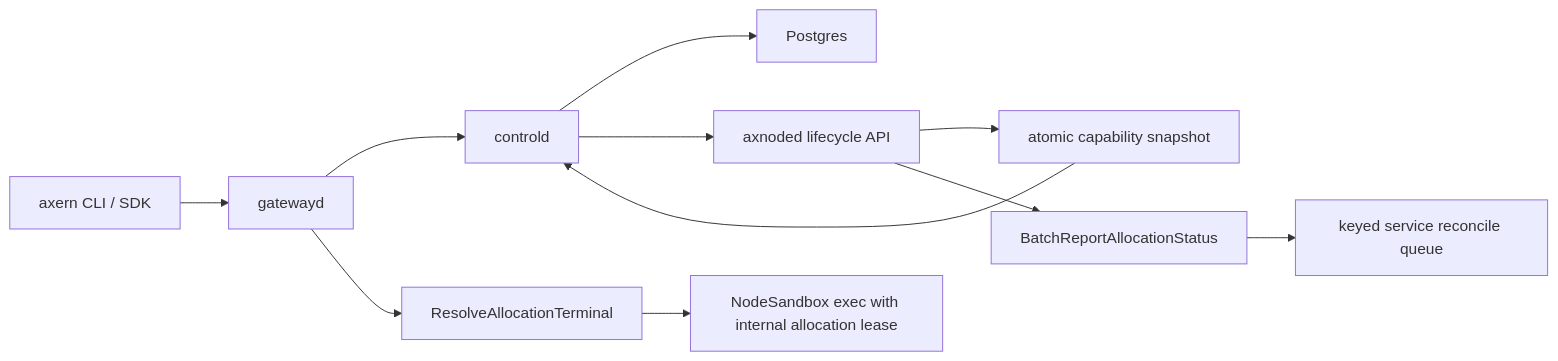
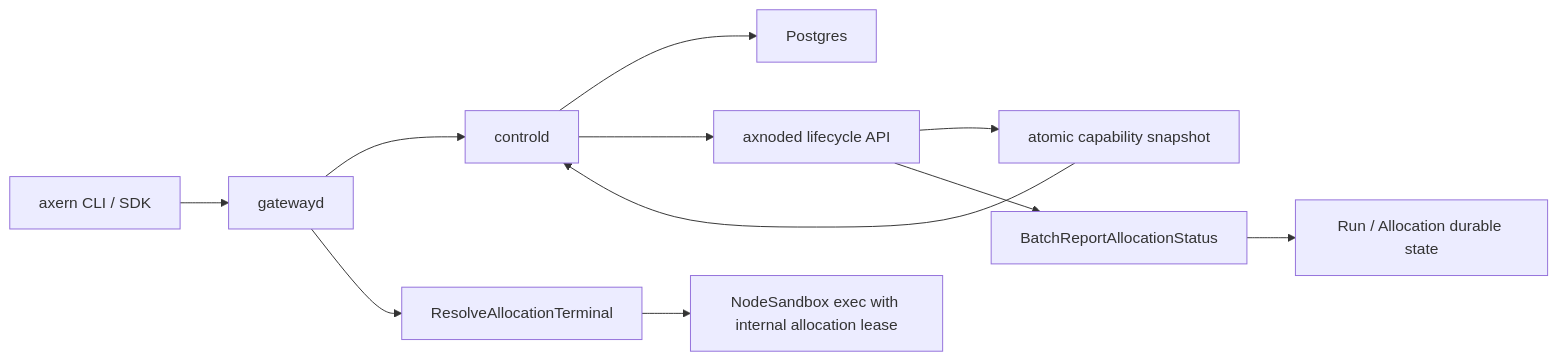
The diagram in docs/architecture/runtime-architecture.md (cofy-x/axern), drawn with Mermaid before and after one commit. The commit also changed other lines of this file and 566 other files, not shown here.

````diff
--- a/docs/architecture/runtime-architecture.md
+++ b/docs/architecture/runtime-architecture.md
@@ -60,13 +61,13 @@
 ```mermaid
 flowchart LR
     CLI["axern CLI / SDK"] --> Gateway["gatewayd"]
     Gateway --> Ctrl["controld"]
     Ctrl --> DB["Postgres"]
     Node --> Snapshot["atomic capability snapshot"]
     Snapshot --> Ctrl
     Ctrl --> Node["axnoded lifecycle API"]
     Node --> CtrlStatus["BatchReportAllocationStatus"]
-    CtrlStatus --> ServiceQueue["keyed service reconcile queue"]
+    CtrlStatus --> RunState["Run / Allocation durable state"]
     Gateway --> Resolve["ResolveAllocationTerminal"]
     Resolve --> NodeExec["NodeSandbox exec with internal allocation lease"]
 ```
````
